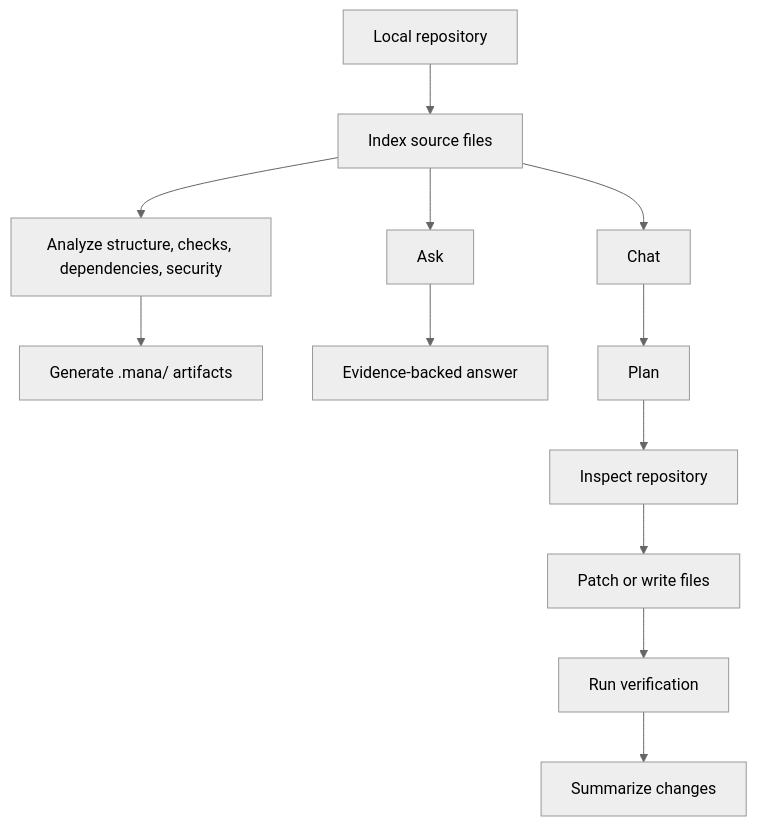
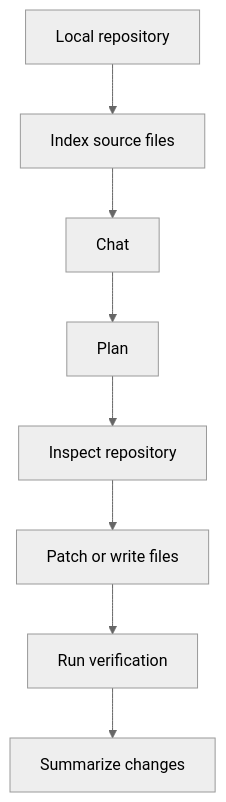
One commit to manaplatform/mana-agent changed the diagram in README.md. Above: the diagram before and after it, drawn with Mermaid (neutral theme). The commit also changed other lines of this file, not shown here.

````diff
--- a/README.md
+++ b/README.md
@@ -52,14 +52,10 @@
 ```mermaid
 flowchart TD
     A[Local repository] --> B[Index source files]
-    B --> C[Analyze structure, checks, dependencies, security]
-    C --> D[Generate .mana/ artifacts]
-    B --> E[Ask]
-    E --> F[Evidence-backed answer]
     B --> G[Chat]
     G --> H[Plan]
     H --> I[Inspect repository]
     I --> J[Patch or write files]
     J --> K[Run verification]
     K --> L[Summarize changes]
 ```
````
